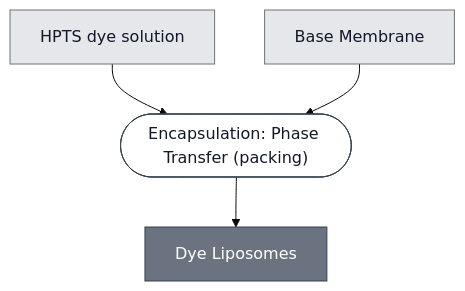
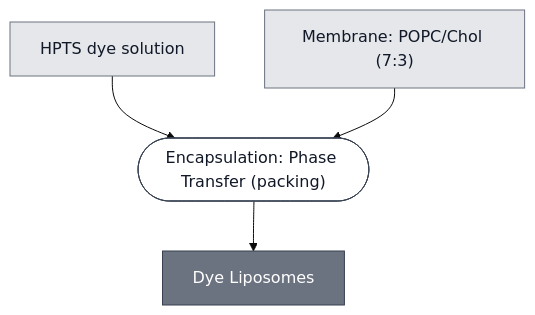
One commit to nucleus-eng/nucleus-docs changed the diagram in docs/modules/dye-liposomes/spec.md. Above: the diagram before and after it, drawn with Mermaid (base theme). The commit also changed other lines of this file and 49 other files, not shown here.

````diff
--- a/docs/modules/dye-liposomes/spec.md
+++ b/docs/modules/dye-liposomes/spec.md
@@ -21,24 +21,24 @@
 ```mermaid
 flowchart TD
     HPTS["HPTS dye solution"]
-    MEMBRANE_POPC_CHOL["Base Membrane"]
+    MEMBRANE_POPC_CHOL["Membrane: POPC/Chol (7:3)"]
 
     P1_ENCAPSULATE_0(["Encapsulation: Phase Transfer (packing)"])
     DYE_LIPOSOMES["Dye Liposomes"]
 
     HPTS --> P1_ENCAPSULATE_0
     MEMBRANE_POPC_CHOL --> P1_ENCAPSULATE_0
     P1_ENCAPSULATE_0 --> DYE_LIPOSOMES
 
 
     classDef leaf     fill:#e5e7eb,stroke:#6b7280,color:#111827;
     classDef composed fill:#6b7280,stroke:#374151,color:#ffffff;
     classDef process  fill:#ffffff,stroke:#374151,color:#111827;
     class HPTS,MEMBRANE_POPC_CHOL leaf;
     class DYE_LIPOSOMES composed;
     class P1_ENCAPSULATE_0 process;
 
     click MEMBRANE_POPC_CHOL "/docs/modules/membrane-popc-chol/spec"
     click P1_ENCAPSULATE_0 "/docs/processes/assemble-base-cell/main"
     click DYE_LIPOSOMES "/docs/modules/dye-liposomes/spec"
 ```
````
